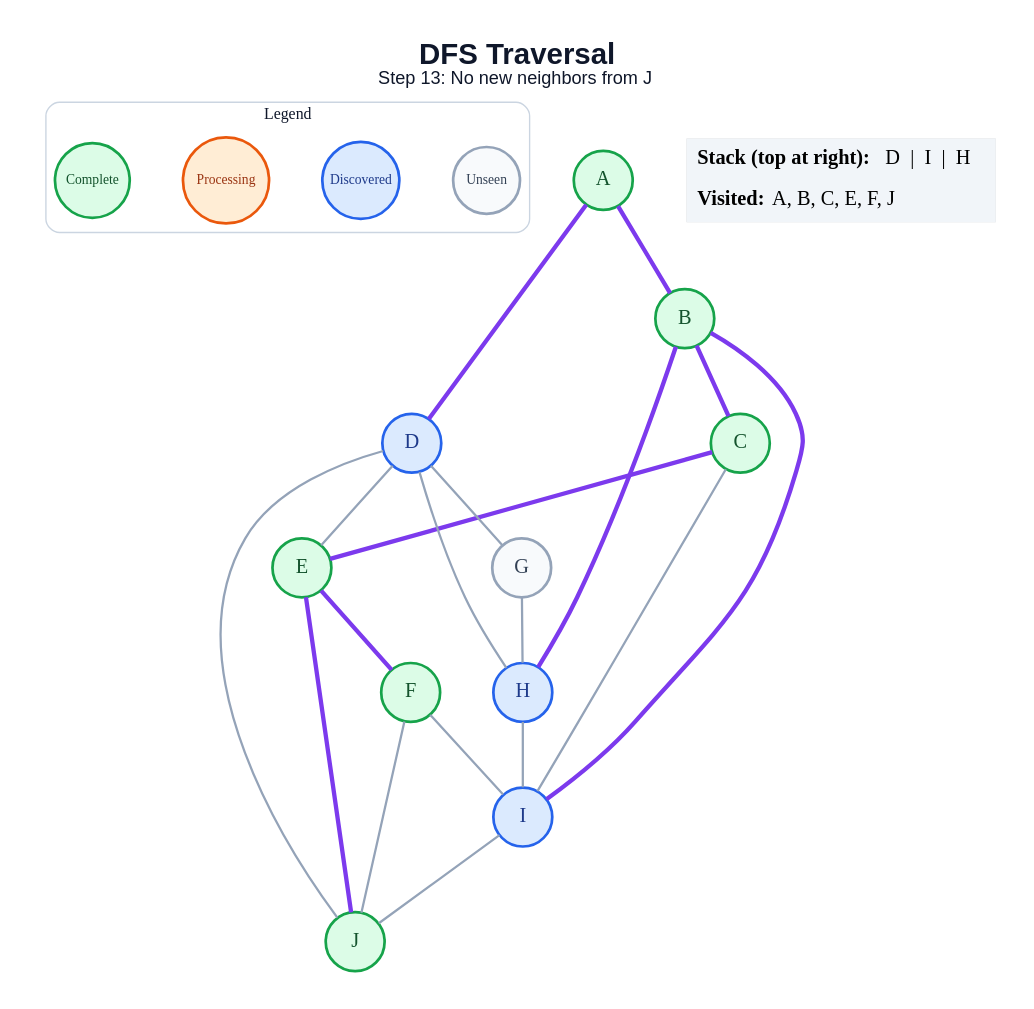
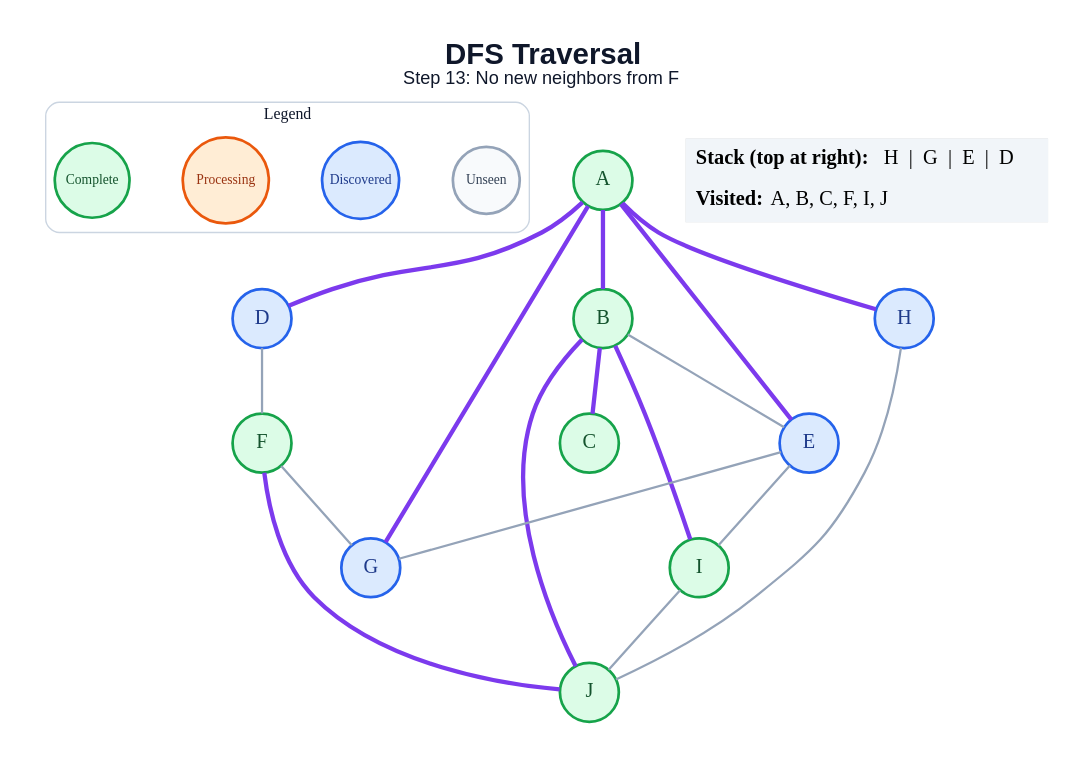
One commit to amanghodawala9/ai-slop changed the diagram in generated/dfs/step_13.dot. Above: the diagram before and after it, drawn with Graphviz. The commit also changed 178 other files, not shown here.

```diff
--- a/generated/dfs/step_13.dot
+++ b/generated/dfs/step_13.dot
@@ -1,47 +1,45 @@
 graph traversal {
   graph [layout=dot, rankdir=TB, bgcolor="#FFFFFF", pad="0.35", nodesep="0.65", ranksep="0.8", fontname="Arial"];
   node [shape=circle, style="filled", fontname="Arial Bold", fontsize=18, width=0.72, fixedsize=true, penwidth=2.4];
   edge [color="#94A3B8", penwidth=2.0];
-  label=<<B>DFS Traversal</B><BR/><FONT POINT-SIZE="16">Step 13: No new neighbors from J</FONT>>; labelloc="t"; fontsize=26; fontname="Arial"; fontcolor="#0F172A";
+  label=<<B>DFS Traversal</B><BR/><FONT POINT-SIZE="16">Step 13: No new neighbors from F</FONT>>; labelloc="t"; fontsize=26; fontname="Arial"; fontcolor="#0F172A";
   subgraph cluster_legend { label="Legend"; color="#CBD5E1"; penwidth=1.2; style="rounded"; fontsize=14; fontname="Arial Bold";
     key_unseen [label="Unseen", fillcolor="#F8FAFC", color="#94A3B8", fontcolor="#334155", fontsize=12, width=0.82];
     key_frontier [label="Discovered", fillcolor="#DBEAFE", color="#2563EB", fontcolor="#1E3A8A", fontsize=12, width=0.95];
     key_current [label="Processing", fillcolor="#FFEDD5", color="#EA580C", fontcolor="#9A3412", fontsize=12, width=1.05];
     key_done [label="Complete", fillcolor="#DCFCE7", color="#16A34A", fontcolor="#14532D", fontsize=12, width=0.92];
     { rank=same; key_unseen; key_frontier; key_current; key_done; }
   }
   A [fillcolor="#DCFCE7", color="#16A34A", fontcolor="#14532D"];
   B [fillcolor="#DCFCE7", color="#16A34A", fontcolor="#14532D"];
   C [fillcolor="#DCFCE7", color="#16A34A", fontcolor="#14532D"];
   D [fillcolor="#DBEAFE", color="#2563EB", fontcolor="#1E3A8A"];
-  E [fillcolor="#DCFCE7", color="#16A34A", fontcolor="#14532D"];
+  E [fillcolor="#DBEAFE", color="#2563EB", fontcolor="#1E3A8A"];
   F [fillcolor="#DCFCE7", color="#16A34A", fontcolor="#14532D"];
-  G [fillcolor="#F8FAFC", color="#94A3B8", fontcolor="#334155"];
+  G [fillcolor="#DBEAFE", color="#2563EB", fontcolor="#1E3A8A"];
   H [fillcolor="#DBEAFE", color="#2563EB", fontcolor="#1E3A8A"];
-  I [fillcolor="#DBEAFE", color="#2563EB", fontcolor="#1E3A8A"];
+  I [fillcolor="#DCFCE7", color="#16A34A", fontcolor="#14532D"];
   J [fillcolor="#DCFCE7", color="#16A34A", fontcolor="#14532D"];
   A -- B [color="#7C3AED", penwidth=3.8];
   A -- D [color="#7C3AED", penwidth=3.8];
+  A -- E [color="#7C3AED", penwidth=3.8];
+  A -- G [color="#7C3AED", penwidth=3.8];
+  A -- H [color="#7C3AED", penwidth=3.8];
   B -- C [color="#7C3AED", penwidth=3.8];
-  B -- H [color="#7C3AED", penwidth=3.8];
+  B -- E;
   B -- I [color="#7C3AED", penwidth=3.8];
-  C -- E [color="#7C3AED", penwidth=3.8];
-  C -- I;
-  D -- E;
-  D -- G;
-  D -- H;
-  D -- J;
-  E -- F [color="#7C3AED", penwidth=3.8];
-  E -- J [color="#7C3AED", penwidth=3.8];
-  F -- I;
-  F -- J;
-  G -- H;
-  H -- I;
+  B -- J [color="#7C3AED", penwidth=3.8];
+  D -- F;
+  E -- G;
+  E -- I;
+  F -- G;
+  F -- J [color="#7C3AED", penwidth=3.8];
+  H -- J;
   I -- J;
   status [shape=plain, fixedsize=false, width=0, height=0, margin=0, label=<
     <TABLE BORDER="0" CELLBORDER="0" CELLPADDING="7" BGCOLOR="#F1F5F9">
-      <TR><TD ALIGN="LEFT"><B>Stack (top at right):</B> D  |  I  |  H</TD></TR>
-      <TR><TD ALIGN="LEFT"><B>Visited:</B> A, B, C, E, F, J</TD></TR>
+      <TR><TD ALIGN="LEFT"><B>Stack (top at right):</B> H  |  G  |  E  |  D</TD></TR>
+      <TR><TD ALIGN="LEFT"><B>Visited:</B> A, B, C, F, I, J</TD></TR>
     </TABLE>
   >];
 }
```
